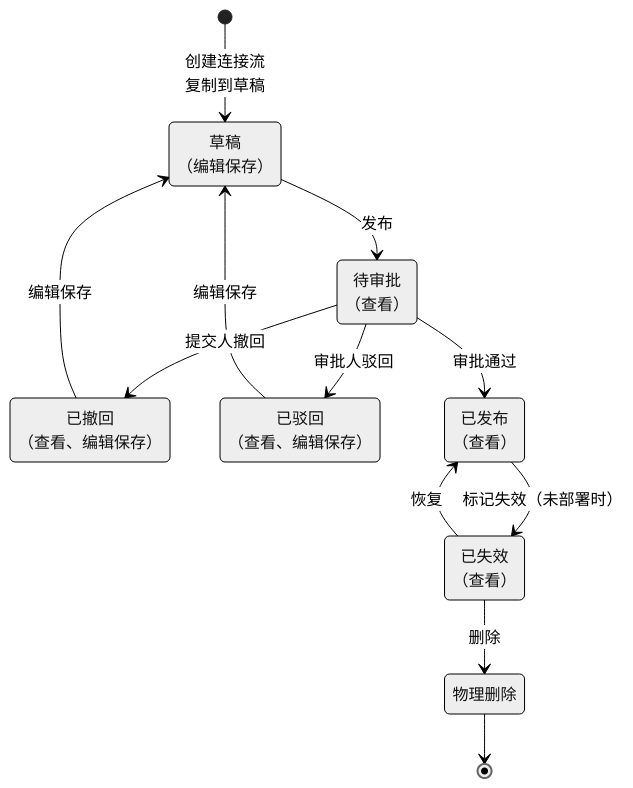
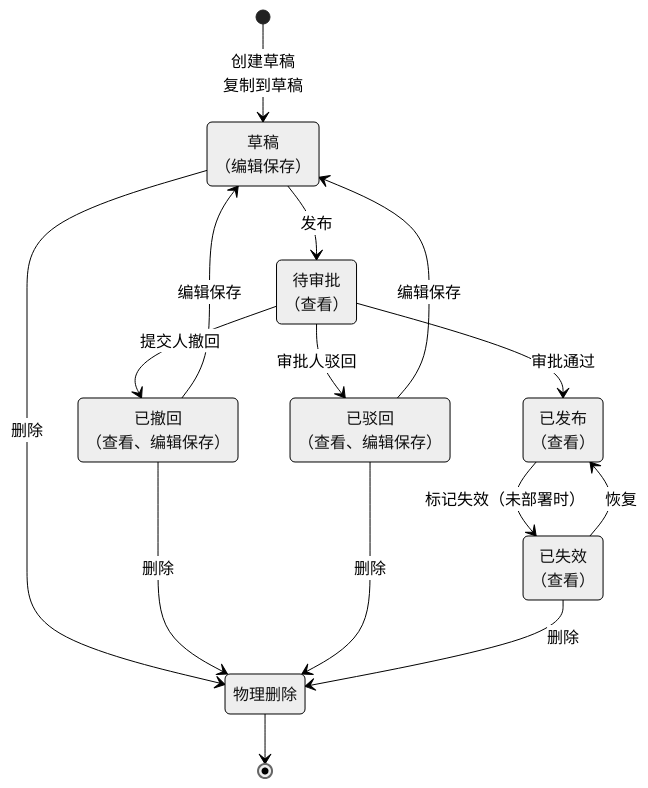
One commit to THZSummer/open-app changed the fifth of 6 diagrams in .sddu/specs-tree-root/specs-tree-connector-platform-v2/spec.md. Above: the diagram before and after it, drawn with Mermaid (neutral theme). The commit also changed other lines of this file, not shown here.

````diff
--- a/.sddu/specs-tree-root/specs-tree-connector-platform-v2/spec.md
+++ b/.sddu/specs-tree-root/specs-tree-connector-platform-v2/spec.md
@@ -300,21 +302,24 @@
 ```mermaid
 stateDiagram-v2
     state "草稿<br/>（编辑保存）" as 草稿
     state "待审批<br/>（查看）" as 待审批
     state "已撤回<br/>（查看、编辑保存）" as 已撤回
     state "已驳回<br/>（查看、编辑保存）" as 已驳回
     state "已发布<br/>（查看）" as 已发布
     state "已失效<br/>（查看）" as 已失效
 
-    [*] --> 草稿 : 创建连接流<br/>复制到草稿
+    [*] --> 草稿 : 创建草稿<br/>复制到草稿
     草稿 --> 待审批 : 发布
     待审批 --> 已撤回 : 提交人撤回
     待审批 --> 已驳回 : 审批人驳回
     待审批 --> 已发布 : 审批通过
     已撤回 --> 草稿 : 编辑保存
     已驳回 --> 草稿 : 编辑保存
     已发布 --> 已失效 : 标记失效（未部署时）
     已失效 --> 已发布 : 恢复
+    草稿 --> 物理删除 : 删除
+    已撤回 --> 物理删除 : 删除
+    已驳回 --> 物理删除 : 删除
     已失效 --> 物理删除 : 删除
     物理删除 --> [*]
 ```
````
